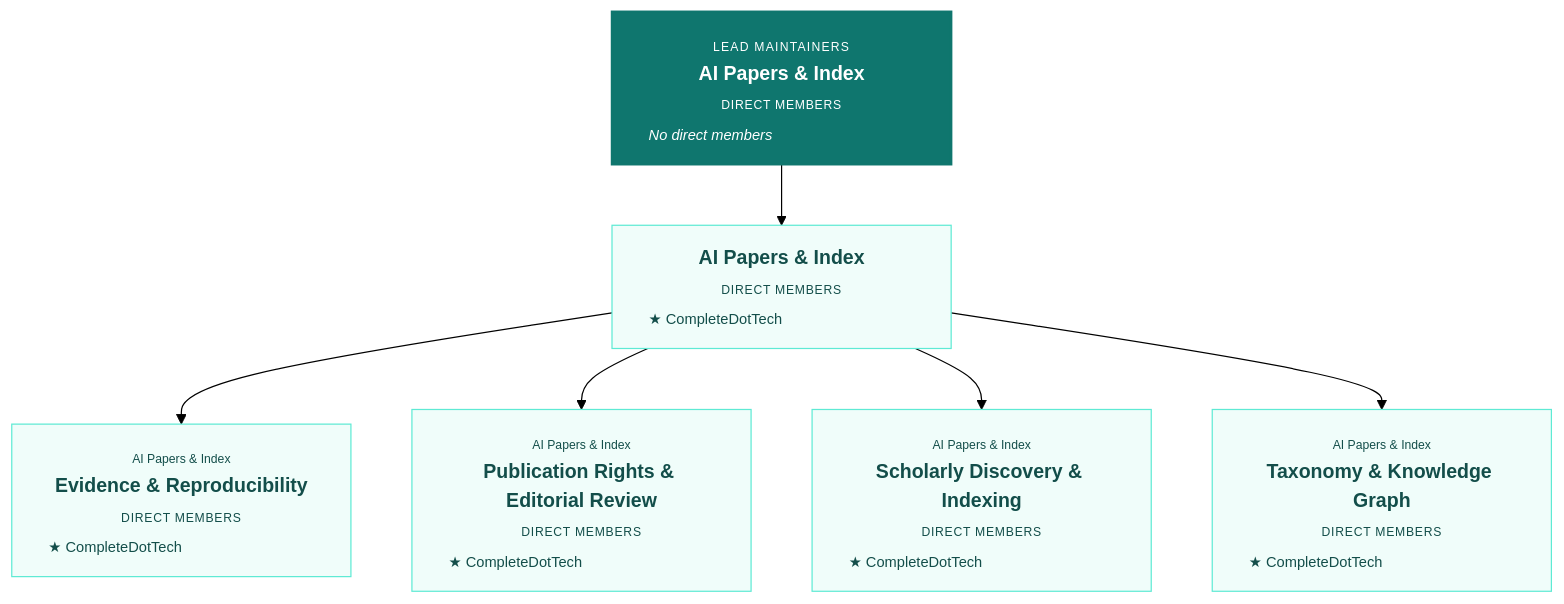
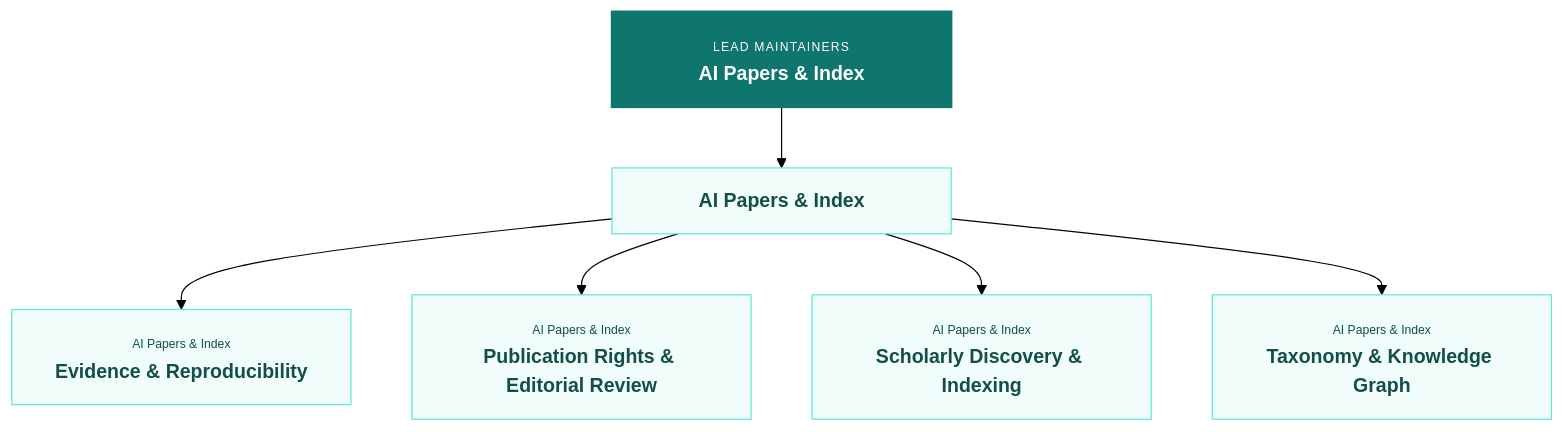
The diagram in docs/organization/snapshots/2026-10-29/area-ai-papers-index.mmd (Pick-Your-AI/.github), drawn with Mermaid (forest theme) before and after one commit. The commit also changed 53 other files, not shown here.

Commit message:
Remove private membership data from public organization charts

```diff
--- a/docs/organization/snapshots/2026-10-29/area-ai-papers-index.mmd
+++ b/docs/organization/snapshots/2026-10-29/area-ai-papers-index.mmd
@@ -1,33 +1,33 @@
-%% Live GitHub snapshot 2026-10-30T02:33:56.069534+00:00
-%% Includes all direct members and pending invitees.
+%% Historical team hierarchy captured 2026-10-30T02:33:56.069534+00:00
+%% Public team structure only; personal data excluded.
 flowchart TB
- team_20398339["<div style='width:218px;text-align:center;line-height:1.5'><b>AI Papers &amp; Index</b><br/><span style='font-size:10px;letter-spacing:0.6px'>DIRECT MEMBERS</span><div style='font-size:12px;text-align:left;margin-top:5px'>★ CompleteDotTech</div></div>"]:::research
- team_20423773["<div style='width:218px;text-align:center;line-height:1.5'><span style='font-size:10px'>AI Papers &amp; Index</span><br/><b>Evidence &amp; Reproducibility</b><br/><span style='font-size:10px;letter-spacing:0.6px'>DIRECT MEMBERS</span><div style='font-size:12px;text-align:left;margin-top:5px'>★ CompleteDotTech</div></div>"]:::research
- team_20423774["<div style='width:218px;text-align:center;line-height:1.5'><span style='font-size:10px'>AI Papers &amp; Index</span><br/><b>Publication Rights &amp; Editorial Review</b><br/><span style='font-size:10px;letter-spacing:0.6px'>DIRECT MEMBERS</span><div style='font-size:12px;text-align:left;margin-top:5px'>★ CompleteDotTech</div></div>"]:::research
- team_20423768["<div style='width:218px;text-align:center;line-height:1.5'><span style='font-size:10px'>AI Papers &amp; Index</span><br/><b>Scholarly Discovery &amp; Indexing</b><br/><span style='font-size:10px;letter-spacing:0.6px'>DIRECT MEMBERS</span><div style='font-size:12px;text-align:left;margin-top:5px'>★ CompleteDotTech</div></div>"]:::research
- team_20423770["<div style='width:218px;text-align:center;line-height:1.5'><span style='font-size:10px'>AI Papers &amp; Index</span><br/><b>Taxonomy &amp; Knowledge Graph</b><br/><span style='font-size:10px;letter-spacing:0.6px'>DIRECT MEMBERS</span><div style='font-size:12px;text-align:left;margin-top:5px'>★ CompleteDotTech</div></div>"]:::research
- team_20421770["<div style='width:218px;text-align:center;line-height:1.5'><span style='font-size:10px;letter-spacing:1px'>LEAD MAINTAINERS</span><br/><b>AI Papers &amp; Index</b><br/><span style='font-size:10px;letter-spacing:0.6px'>DIRECT MEMBERS</span><div style='font-size:12px;text-align:left;margin-top:5px'><span style='font-style:italic'>No direct members</span></div></div>"]:::researchLead
+ team_20398339["<div style='width:218px;text-align:center;line-height:1.5'><b>AI Papers &amp; Index</b></div>"]:::research
+ team_20423773["<div style='width:218px;text-align:center;line-height:1.5'><span style='font-size:10px'>AI Papers &amp; Index</span><br/><b>Evidence &amp; Reproducibility</b></div>"]:::research
+ team_20423774["<div style='width:218px;text-align:center;line-height:1.5'><span style='font-size:10px'>AI Papers &amp; Index</span><br/><b>Publication Rights &amp; Editorial Review</b></div>"]:::research
+ team_20423768["<div style='width:218px;text-align:center;line-height:1.5'><span style='font-size:10px'>AI Papers &amp; Index</span><br/><b>Scholarly Discovery &amp; Indexing</b></div>"]:::research
+ team_20423770["<div style='width:218px;text-align:center;line-height:1.5'><span style='font-size:10px'>AI Papers &amp; Index</span><br/><b>Taxonomy &amp; Knowledge Graph</b></div>"]:::research
+ team_20421770["<div style='width:218px;text-align:center;line-height:1.5'><span style='font-size:10px;letter-spacing:1px'>LEAD MAINTAINERS</span><br/><b>AI Papers &amp; Index</b></div>"]:::researchLead
  team_20421770 --> team_20398339
  team_20398339 --> team_20423773
  team_20398339 --> team_20423774
  team_20398339 --> team_20423768
  team_20398339 --> team_20423770
 
  classDef owner fill:#102f3e,stroke:#102f3e,color:#fff,stroke-width:2px;
  classDef governance fill:#edf2f7,stroke:#94a3b8,color:#243c4b;
  classDef researchLead fill:#0f766e,stroke:#0f766e,color:#fff,stroke-width:2px;
  classDef research fill:#f0fdfa,stroke:#5eead4,color:#134e4a;
  classDef webLead fill:#1d4ed8,stroke:#1d4ed8,color:#fff,stroke-width:2px;
  classDef web fill:#eff6ff,stroke:#93c5fd,color:#1e3a8a;
  classDef mobileLead fill:#6d28d9,stroke:#6d28d9,color:#fff,stroke-width:2px;
  classDef mobile fill:#f5f3ff,stroke:#c4b5fd,color:#4c1d95;
  classDef educationLead fill:#c2410c,stroke:#c2410c,color:#fff,stroke-width:2px;
  classDef education fill:#fff7ed,stroke:#fdba74,color:#7c2d12;
  classDef community fill:#fffbeb,stroke:#fbbf24,color:#78350f;
 
  click team_20398339 "https://github.com/orgs/Pick-Your-AI/teams/ai-papers-index" "AI Papers &amp; Index" _blank
  click team_20423773 "https://github.com/orgs/Pick-Your-AI/teams/ai-papers-index-evidence-reproducibility" "AI Papers &amp; Index - Evidence &amp; Reproducibility" _blank
  click team_20423774 "https://github.com/orgs/Pick-Your-AI/teams/ai-papers-index-publication-rights-editorial-review" "AI Papers &amp; Index - Publication Rights &amp; Editorial Review" _blank
  click team_20423768 "https://github.com/orgs/Pick-Your-AI/teams/ai-papers-index-scholarly-discovery-indexing" "AI Papers &amp; Index - Scholarly Discovery &amp; Indexing" _blank
  click team_20423770 "https://github.com/orgs/Pick-Your-AI/teams/ai-papers-index-taxonomy-knowledge-graph" "AI Papers &amp; Index - Taxonomy &amp; Knowledge Graph" _blank
  click team_20421770 "https://github.com/orgs/Pick-Your-AI/teams/lead-maintainers-ai-papers-index" "Lead Maintainers - AI Papers &amp; Index" _blank
```
